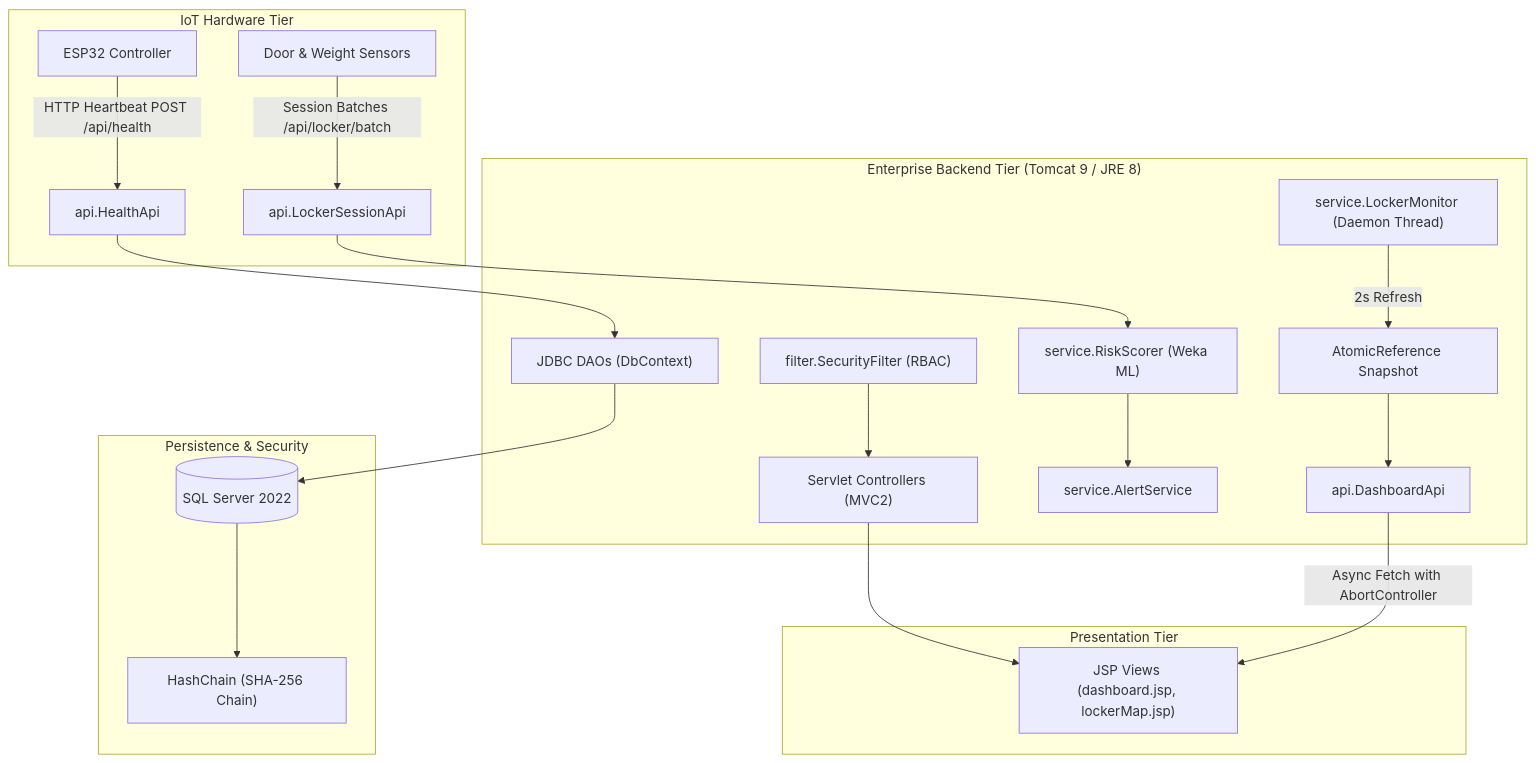
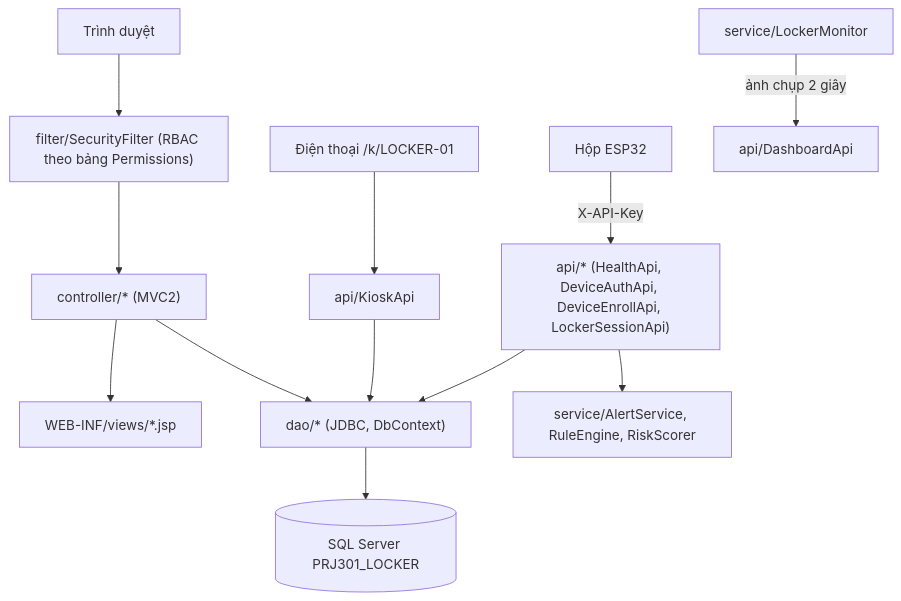
One commit to HoangDuc1003/SmartLocker changed the diagram in README.md. Above: the diagram before and after it, drawn with Mermaid. The commit also changed other lines of this file and 406 other files, not shown here.

````diff
--- a/README.md
+++ b/README.md
@@ -56,26 +47,14 @@
 ```mermaid
 flowchart TD
-    subgraph IoT_Hardware ["IoT Hardware Tier"]
-        ESP["ESP32 Controller"] -->|HTTP Heartbeat POST /api/health| HealthApi["api.HealthApi"]
-        Sensors["Door & Weight Sensors"] -->|Session Batches /api/locker/batch| BatchApi["api.LockerSessionApi"]
-    end
-
-    subgraph Backend ["Enterprise Backend Tier (Tomcat 9 / JRE 8)"]
-        Filter["filter.SecurityFilter (RBAC)"] --> Controllers["Servlet Controllers (MVC2)"]
-        HealthApi --> DAOs["JDBC DAOs (DbContext)"]
-        BatchApi --> Risk["service.RiskScorer (Weka ML)"]
-        Risk --> Alert["service.AlertService"]
-        Monitor["service.LockerMonitor (Daemon Thread)"] -->|2s Refresh| Cache["AtomicReference Snapshot"]
-        Cache --> DashApi["api.DashboardApi"]
-    end
-
-    subgraph Data_Tier ["Persistence & Security"]
-        DAOs --> SQL[(SQL Server 2022)]
-        SQL --> Audit["HashChain (SHA-256 Chain)"]
-    end
-
-    subgraph Client_Tier ["Presentation Tier"]
-        Controllers --> Views["JSP Views (dashboard.jsp, lockerMap.jsp)"]
-        DashApi -->|Async Fetch with AbortController| Views
-    end
+    ESP["Hộp ESP32"] -->|X-API-Key| API["api/* (HealthApi, DeviceAuthApi, DeviceEnrollApi, LockerSessionApi)"]
+    Phone["Điện thoại /k/LOCKER-01"] --> Kiosk["api/KioskApi"]
+    Browser["Trình duyệt"] --> Filter["filter/SecurityFilter (RBAC theo bảng Permissions)"]
+    Filter --> Ctrl["controller/* (MVC2)"]
+    Ctrl --> Views["WEB-INF/views/*.jsp"]
+    API --> DAO["dao/* (JDBC, DbContext)"]
+    Kiosk --> DAO
+    Ctrl --> DAO
+    API --> Svc["service/AlertService, RuleEngine, RiskScorer"]
+    Monitor["service/LockerMonitor"] -->|ảnh chụp 2 giây| DashApi["api/DashboardApi"]
+    DAO --> DB[(SQL Server PRJ301_LOCKER)]
 ```
````
